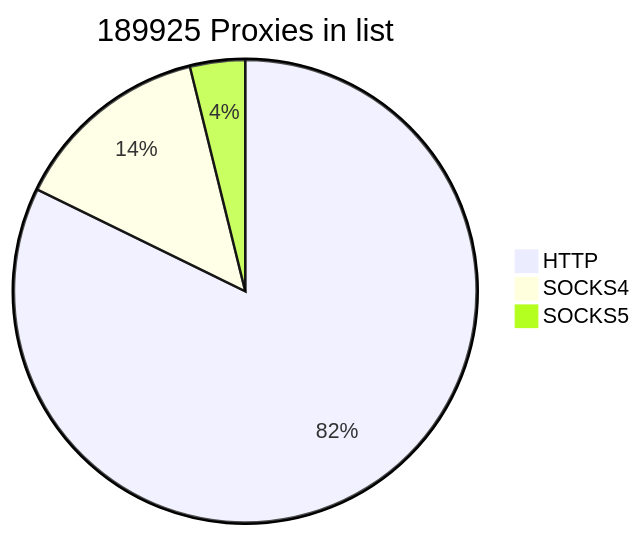
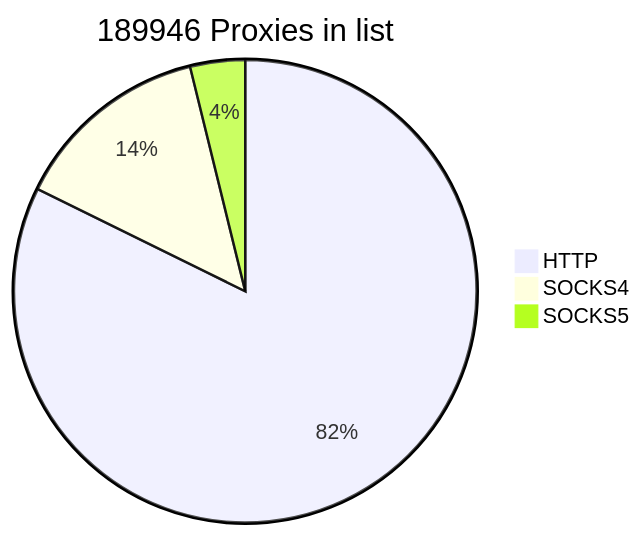
One commit to cutipu/proxylist changed the first of 2 diagrams in README.md. Above: the diagram before and after it, drawn with Mermaid. The commit also changed other lines of this file, not shown here.

````diff
--- a/README.md
+++ b/README.md
@@ -2,7 +2,7 @@
 ```mermaid
-pie title 189925 Proxies in list
-    "HTTP" : 156192
-    "SOCKS4" : 26430
-    "SOCKS5" : 7303
+pie title 189946 Proxies in list
+    "HTTP" : 156293
+    "SOCKS4" : 26367
+    "SOCKS5" : 7286
             
 ```
````
